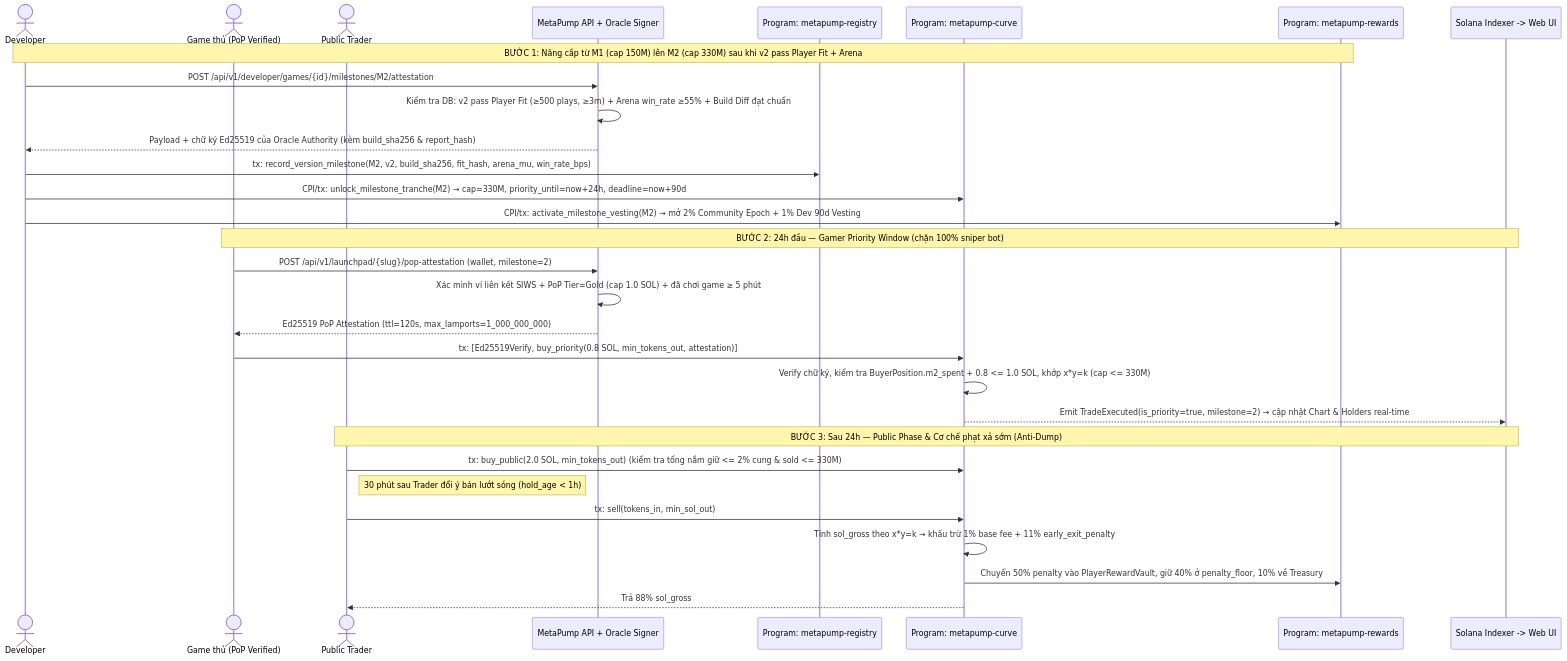
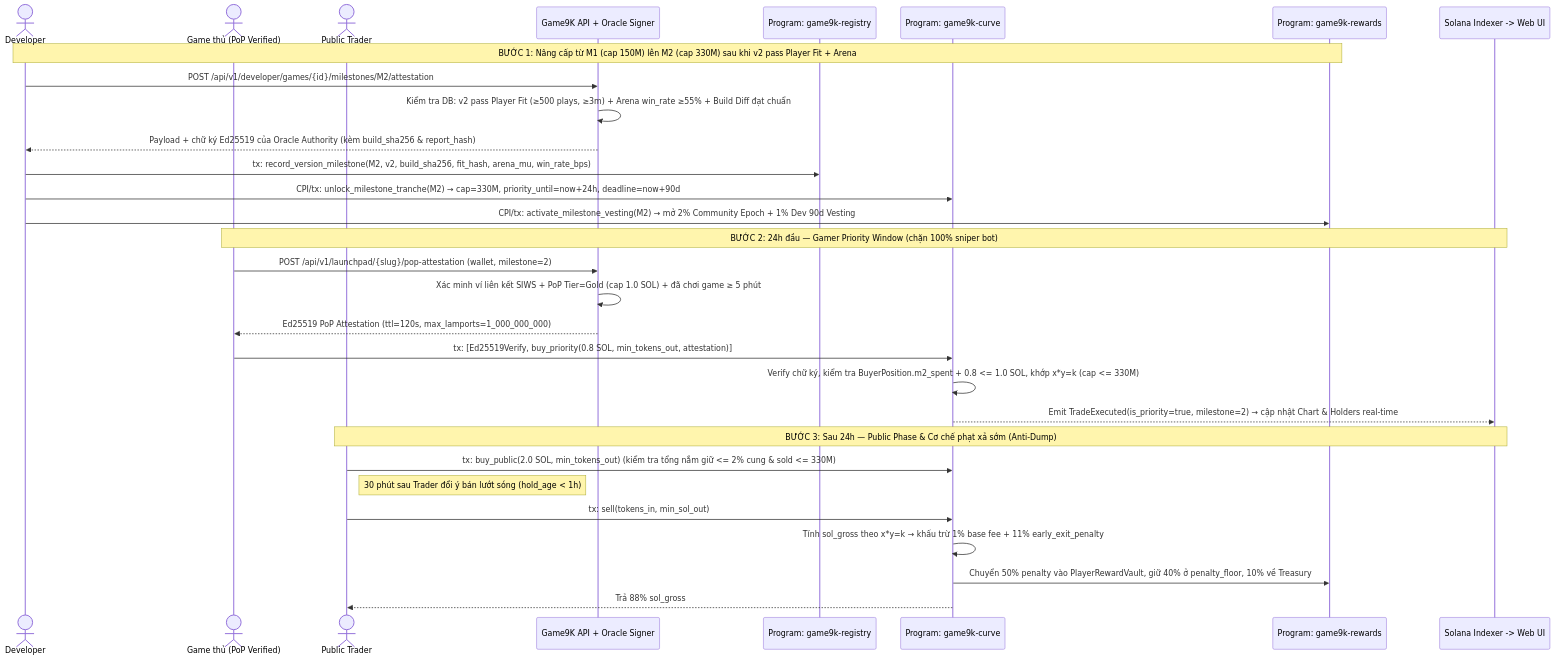
One commit to khanhlegood1/GameFun changed the seventh of 8 diagrams in docs/01-user-flows-and-ux.md. Above: the diagram before and after it, drawn with Mermaid. The commit also changed other lines of this file and 21 other files, not shown here.

````diff
--- a/docs/01-user-flows-and-ux.md
+++ b/docs/01-user-flows-and-ux.md
@@ -247,35 +247,35 @@
 ```mermaid
 sequenceDiagram
     actor Dev as Developer
     actor Gamer as Game thủ (PoP Verified)
     actor Trader as Public Trader
-    participant API as MetaPump API + Oracle Signer
-    participant Reg as Program: metapump-registry
-    participant Curve as Program: metapump-curve
-    participant Rew as Program: metapump-rewards
+    participant API as Game9K API + Oracle Signer
+    participant Reg as Program: game9k-registry
+    participant Curve as Program: game9k-curve
+    participant Rew as Program: game9k-rewards
     participant Idx as Solana Indexer -> Web UI
 
     Note over Dev,Rew: BƯỚC 1: Nâng cấp từ M1 (cap 150M) lên M2 (cap 330M) sau khi v2 pass Player Fit + Arena
     Dev->>API: POST /api/v1/developer/games/{id}/milestones/M2/attestation
     API->>API: Kiểm tra DB: v2 pass Player Fit (≥500 plays, ≥3m) + Arena win_rate ≥55% + Build Diff đạt chuẩn
     API-->>Dev: Payload + chữ ký Ed25519 của Oracle Authority (kèm build_sha256 & report_hash)
     Dev->>Reg: tx: record_version_milestone(M2, v2, build_sha256, fit_hash, arena_mu, win_rate_bps)
     Dev->>Curve: CPI/tx: unlock_milestone_tranche(M2) → cap=330M, priority_until=now+24h, deadline=now+90d
     Dev->>Rew: CPI/tx: activate_milestone_vesting(M2) → mở 2% Community Epoch + 1% Dev 90d Vesting
 
     Note over Gamer,Idx: BƯỚC 2: 24h đầu — Gamer Priority Window (chặn 100% sniper bot)
     Gamer->>API: POST /api/v1/launchpad/{slug}/pop-attestation (wallet, milestone=2)
     API->>API: Xác minh ví liên kết SIWS + PoP Tier=Gold (cap 1.0 SOL) + đã chơi game ≥ 5 phút
     API-->>Gamer: Ed25519 PoP Attestation (ttl=120s, max_lamports=1_000_000_000)
     Gamer->>Curve: tx: [Ed25519Verify, buy_priority(0.8 SOL, min_tokens_out, attestation)]
     Curve->>Curve: Verify chữ ký, kiểm tra BuyerPosition.m2_spent + 0.8 <= 1.0 SOL, khớp x*y=k (cap <= 330M)
     Curve-->>Idx: Emit TradeExecuted(is_priority=true, milestone=2) → cập nhật Chart & Holders real-time
 
     Note over Trader,Idx: BƯỚC 3: Sau 24h — Public Phase & Cơ chế phạt xả sớm (Anti-Dump)
     Trader->>Curve: tx: buy_public(2.0 SOL, min_tokens_out) (kiểm tra tổng nắm giữ <= 2% cung & sold <= 330M)
     Note right of Trader: 30 phút sau Trader đổi ý bán lướt sóng (hold_age < 1h)
     Trader->>Curve: tx: sell(tokens_in, min_sol_out)
     Curve->>Curve: Tính sol_gross theo x*y=k → khấu trừ 1% base fee + 11% early_exit_penalty
     Curve->>Rew: Chuyển 50% penalty vào PlayerRewardVault, giữ 40% ở penalty_floor, 10% về Treasury
     Curve-->>Trader: Trả 88% sol_gross
 ```
````
